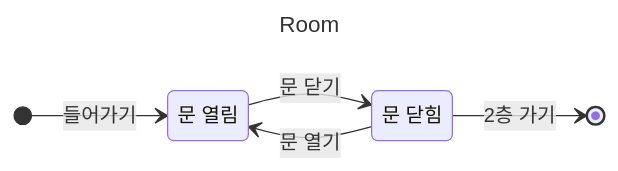
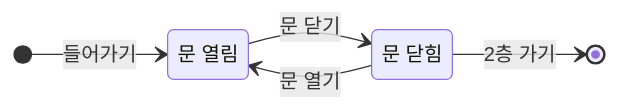
Before and after one commit to choesimin/choesimin.github.io: the first of 7 diagrams in _notes/uml/state-diagram.md, drawn with Mermaid. The commit also changed other lines of this file, not shown here.

````diff
--- a/_notes/uml/state-diagram.md
+++ b/_notes/uml/state-diagram.md
@@ -38,15 +24,12 @@
 ```mermaid
----
-title : Room
----
 stateDiagram-v2
 direction LR
 
 state "문 열림" as opened
 state "문 닫힘" as closed
 
 [*] --> opened : 들어가기
 opened --> closed : 문 닫기
 closed --> opened : 문 열기
 closed --> [*] : 2층 가기
 ```
````
